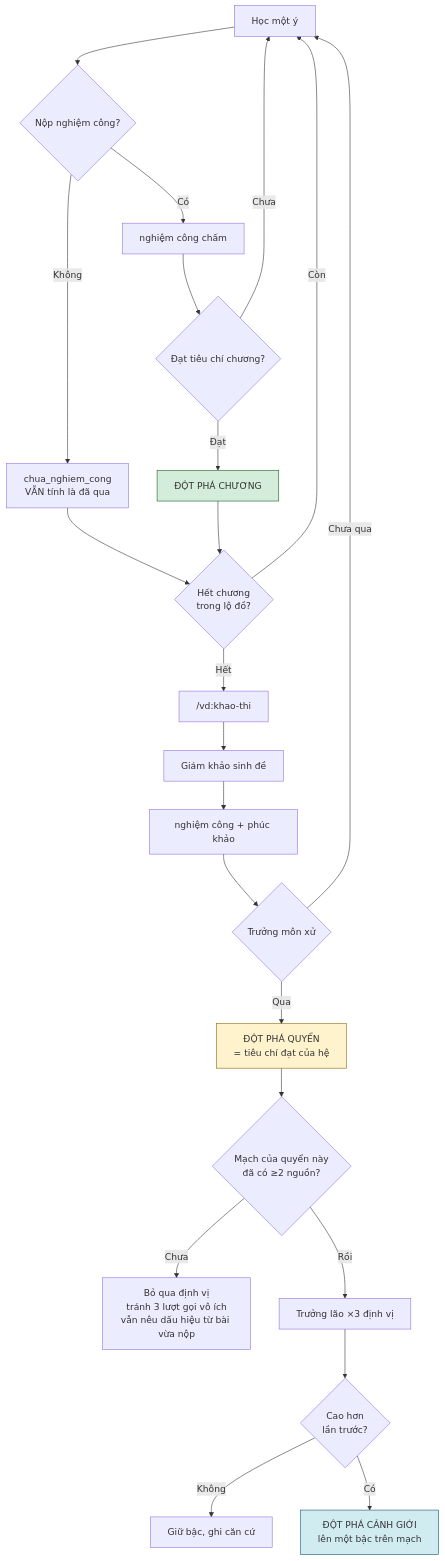
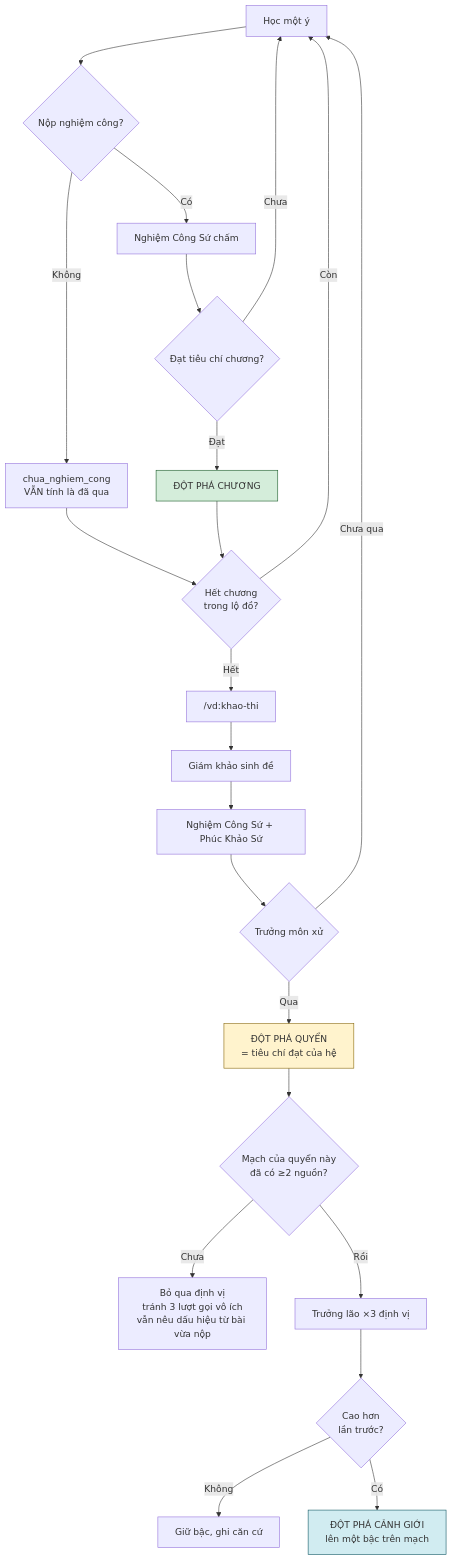
One commit to hanh9898/van-dao-workspace changed the first of 13 diagrams in docs/VAN-DAO-dac-ta-v1.0.md. Above: the diagram before and after it, drawn with Mermaid. The commit also changed other lines of this file and 1 other file, not shown here.

````diff
--- a/docs/VAN-DAO-dac-ta-v1.0.md
+++ b/docs/VAN-DAO-dac-ta-v1.0.md
@@ -131,28 +131,28 @@
 ```mermaid
 flowchart TD
     A["Học một ý"] --> B{"Nộp nghiệm công?"}
     B -->|Không| C["chua_nghiem_cong<br/>VẪN tính là đã qua"]
-    B -->|Có| D["nghiệm công chấm"]
+    B -->|Có| D["Nghiệm Công Sứ chấm"]
     D --> E{"Đạt tiêu chí chương?"}
     E -->|Chưa| A
     E -->|Đạt| F["ĐỘT PHÁ CHƯƠNG"]
     C --> G
     F --> G{"Hết chương<br/>trong lộ đồ?"}
     G -->|Còn| A
     G -->|Hết| H["/vd:khao-thi"]
     H --> I["Giám khảo sinh đề"]
-    I --> J["nghiệm công + phúc khảo"]
+    I --> J["Nghiệm Công Sứ + Phúc Khảo Sứ"]
     J --> K{"Trưởng môn xử"}
     K -->|"Chưa qua"| A
     K -->|"Qua"| L["ĐỘT PHÁ QUYỂN<br/>= tiêu chí đạt của hệ"]
     L --> M{"Mạch của quyển này<br/>đã có ≥2 nguồn?"}
     M -->|Chưa| N["Bỏ qua định vị<br/>tránh 3 lượt gọi vô ích<br/>vẫn nêu dấu hiệu từ bài vừa nộp"]
     M -->|Rồi| O["Trưởng lão ×3 định vị"]
     O --> P{"Cao hơn<br/>lần trước?"}
     P -->|Không| Q["Giữ bậc, ghi căn cứ"]
     P -->|Có| R["ĐỘT PHÁ CẢNH GIỚI<br/>lên một bậc trên mạch"]
 
     style F fill:#d4edda,stroke:#155724
     style L fill:#fff3cd,stroke:#856404
     style R fill:#d1ecf1,stroke:#0c5460
 ```
````
